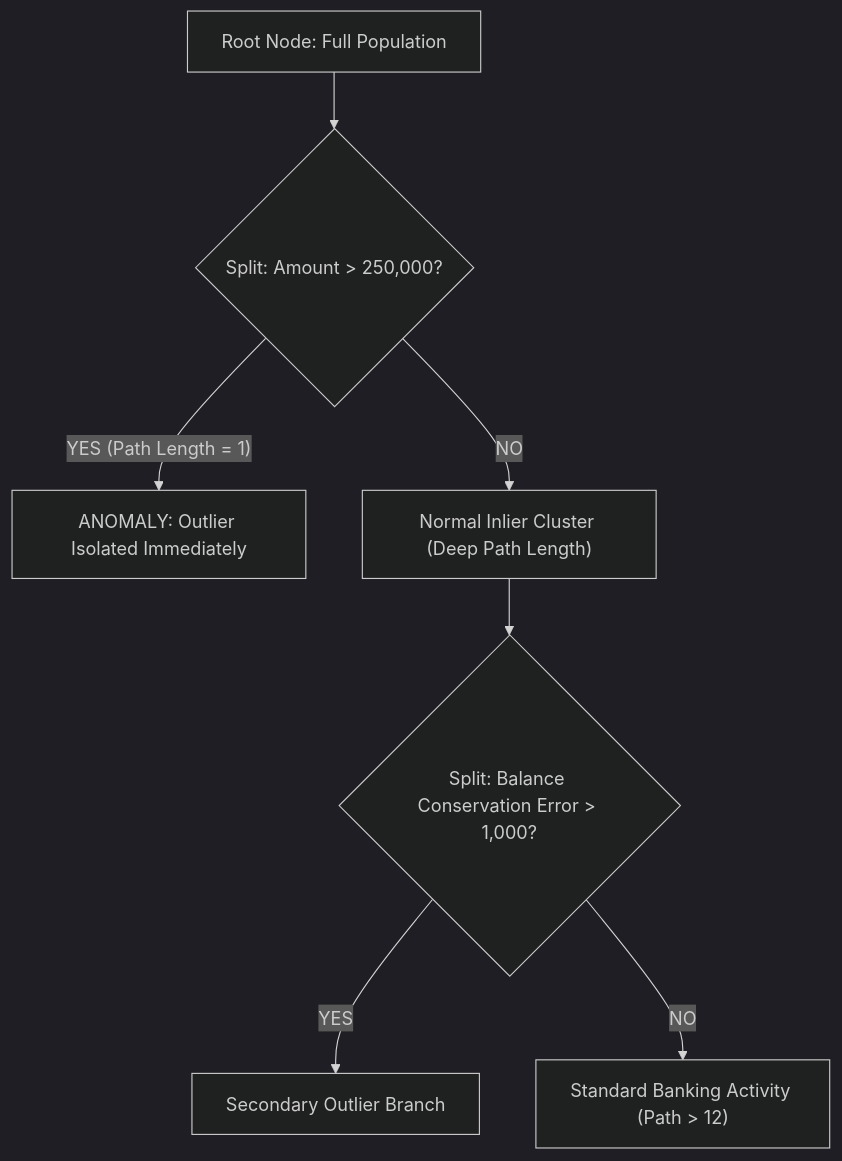
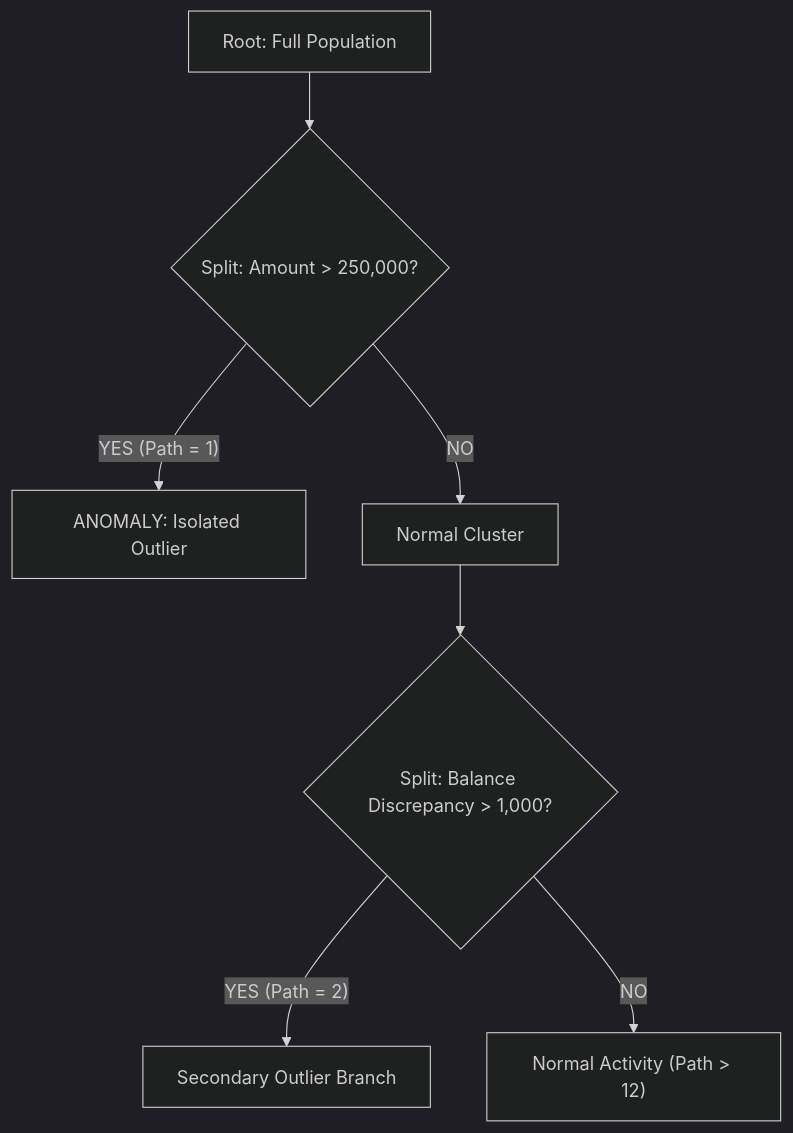
Before and after one commit to BharathKumar113/anti_money_laundering: the eighth of 14 diagrams in documentation.md, drawn with Mermaid (dark theme). The commit also changed other lines of this file, not shown here.

Commit message:
docs: finalize full-length academic documentation with dual-rendered UML and architecture diagrams

````diff
--- a/documentation.md
+++ b/documentation.md
@@ -478,9 +583,9 @@
 ```mermaid
 flowchart TD
-    Root["Root Node: Full Population"] --> Split1{"Split: Amount > 250,000?"}
-    Split1 -->|"YES (Path Length = 1)"| Anomaly["ANOMALY: Outlier Isolated Immediately"]
-    Split1 -->|"NO"| Normal["Normal Inlier Cluster (Deep Path Length)"]
-    Normal --> Split2{"Split: Balance Conservation Error > 1,000?"}
-    Split2 -->|"YES"| FlaggedCluster["Secondary Outlier Branch"]
-    Split2 -->|"NO"| DenseCluster["Standard Banking Activity (Path > 12)"]
+    Root["Root: Full Population"] --> Split1{"Split: Amount > 250,000?"}
+    Split1 -->|"YES (Path = 1)"| Anomaly["ANOMALY: Isolated Outlier"]
+    Split1 -->|"NO"| Cluster["Normal Cluster"]
+    Cluster --> Split2{"Split: Balance Discrepancy > 1,000?"}
+    Split2 -->|"YES (Path = 2)"| Outlier2["Secondary Outlier Branch"]
+    Split2 -->|"NO"| DeepLeaf["Normal Activity (Path > 12)"]
 ```
````
